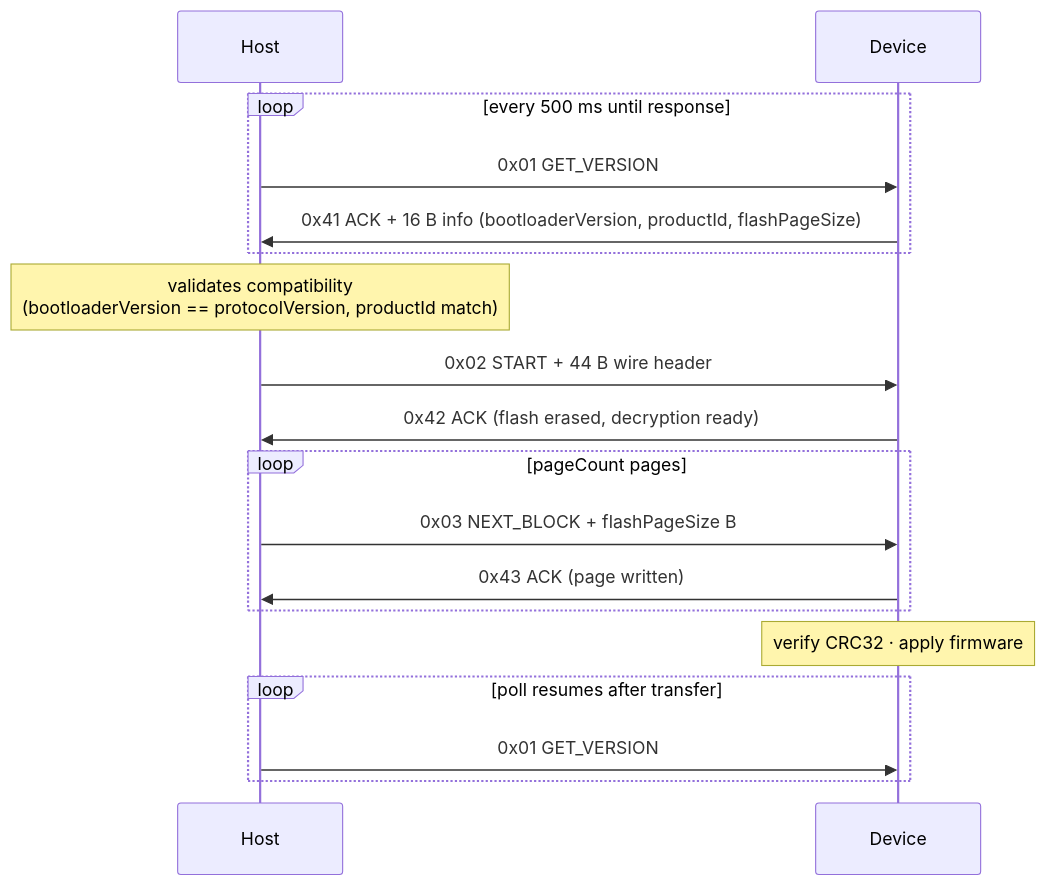
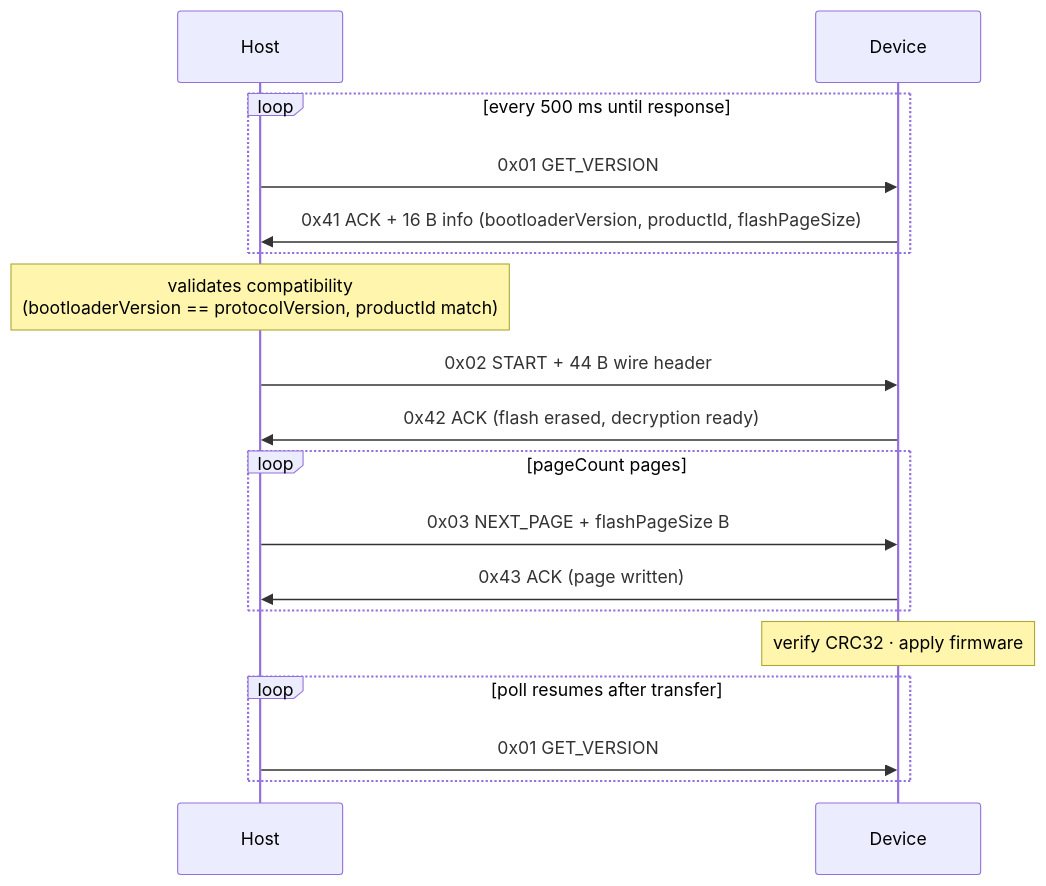
One commit to niwciu/SecureLoader changed the first of 3 diagrams in docs/PROTOCOL.md. Above: the diagram before and after it, drawn with Mermaid. The commit also changed other lines of this file and 5 other files, not shown here.

````diff
--- a/docs/PROTOCOL.md
+++ b/docs/PROTOCOL.md
@@ -148,26 +148,26 @@
 ```mermaid
 sequenceDiagram
     participant H as Host
     participant D as Device
 
     loop every 500 ms until response
         H->>D: 0x01  GET_VERSION
         D->>H: 0x41  ACK + 16 B info (bootloaderVersion, productId, flashPageSize)
     end
 
     Note over H: validates compatibility<br/>(bootloaderVersion == protocolVersion, productId match)
 
     H->>D: 0x02  START + 44 B wire header
     D->>H: 0x42  ACK  (flash erased, decryption ready)
 
     loop pageCount pages
-        H->>D: 0x03  NEXT_BLOCK + flashPageSize B
+        H->>D: 0x03  NEXT_PAGE + flashPageSize B
         D->>H: 0x43  ACK  (page written)
     end
 
     Note over D: verify CRC32 · apply firmware
 
     loop poll resumes after transfer
         H->>D: 0x01  GET_VERSION
     end
 ```
````
